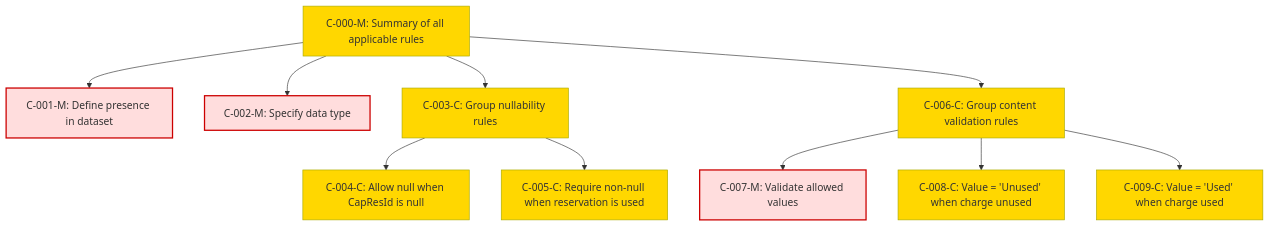
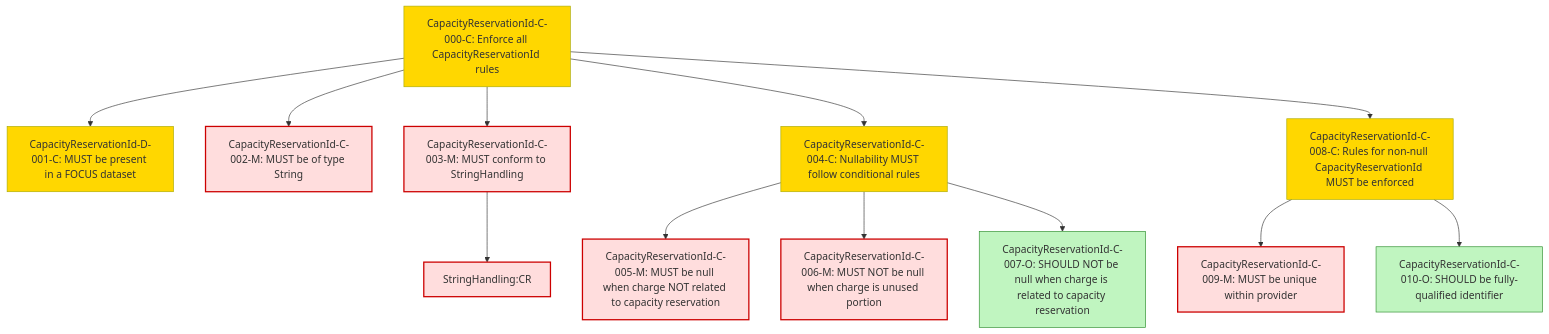
Before and after one commit to FinOps-Open-Cost-and-Usage-Spec/FOCUS_Spec: the diagram in specification/conformance/cr-stage1/capacityreservationid_cr.md, drawn with Mermaid. The commit also changed other lines of this file, not shown here.

Commit message:
revised capacity reservation id

````diff
--- a/specification/conformance/cr-stage1/capacityreservationid_cr.md
+++ b/specification/conformance/cr-stage1/capacityreservationid_cr.md
@@ -24,37 +25,51 @@
 ```mermaid
+
 graph TD
 
 %% Root Composite
-CRID000["C-000-M: Summary of all applicable rules"]
-CRID001["C-001-M: Define presence in dataset"]
-CRID002["C-002-M: Specify data type"]
-CRID003["C-003-C: Group nullability rules"]
-CRID004["C-004-C: Allow null when CapResId is null"]
-CRID005["C-005-C: Require non-null when reservation is used"]
-CRID006["C-006-C: Group content validation rules"]
-CRID007["C-007-M: Validate allowed values"]
-CRID008["C-008-C: Value = 'Unused' when charge unused"]
-CRID009["C-009-C: Value = 'Used' when charge used"]
+CRID000["CapacityReservationId-C-000-C: Enforce all CapacityReservationId rules"]
+CRID001["CapacityReservationId-D-001-C: MUST be present in a FOCUS dataset"]
+CRID002["CapacityReservationId-C-002-M: MUST be of type String"]
+CRID003["CapacityReservationId-C-003-M: MUST conform to StringHandling"]
+CRID004["CapacityReservationId-C-004-C: Nullability MUST follow conditional rules"]
+CRID008["CapacityReservationId-C-008-C: Rules for non-null CapacityReservationId MUST be enforced"]
+
+%% Nullability Composite
+CRID005["CapacityReservationId-C-005-M: MUST be null when charge NOT related to capacity reservation"]
+CRID006["CapacityReservationId-C-006-M: MUST NOT be null when charge is unused portion"]
+CRID007["CapacityReservationId-C-007-O: SHOULD NOT be null when charge is related to capacity reservation"]
+
+%% Non-null Composite
+CRID009["CapacityReservationId-C-009-M: MUST be unique within provider"]
+CRID010["CapacityReservationId-C-010-O: SHOULD be fully-qualified identifier"]
 
 %% Root connections
 CRID000 --> CRID001
 CRID000 --> CRID002
 CRID000 --> CRID003
-CRID000 --> CRID006
+CRID000 --> CRID004
+CRID000 --> CRID008
 
-%% Composite connections
-CRID003 --> CRID004
-CRID003 --> CRID005
+%% Nullability composite connections
+CRID004 --> CRID005
+CRID004 --> CRID006
+CRID004 --> CRID007
 
-CRID006 --> CRID007
-CRID006 --> CRID008
-CRID006 --> CRID009
+%% Non-null composite connections
+CRID008 --> CRID009
+CRID008 --> CRID010
+
+%% Cross-attribute reference
+StringHandlingCR["StringHandling:CR"]
+CRID003 --> StringHandlingCR
 
 %% Styling by Rule Type
 classDef mandatory fill:#fdd,stroke:#c00,stroke-width:2px;
 classDef conditional fill:#ffd700,stroke:#aa0,stroke-width:1px;
 classDef optional fill:#c0f5c0,stroke:#2c8c2c,stroke-width:1px;
 
-class CRID000,CRID003,CRID006,CRID004,CRID005,CRID008,CRID009 conditional;
-class CRID001,CRID002,CRID007 mandatory;
+class CRID000,CRID001,CRID004,CRID008 conditional;
+class CRID002,CRID003,CRID005,CRID006,CRID009 mandatory;
+class CRID007,CRID010 optional;
+class StringHandlingCR mandatory;
 ```
````
